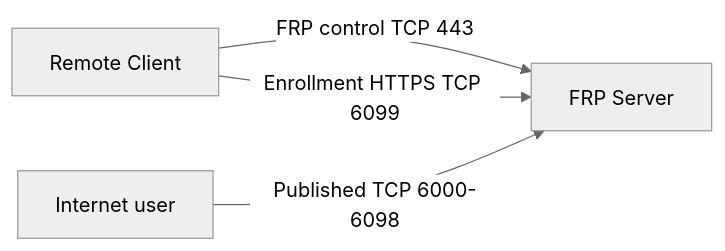
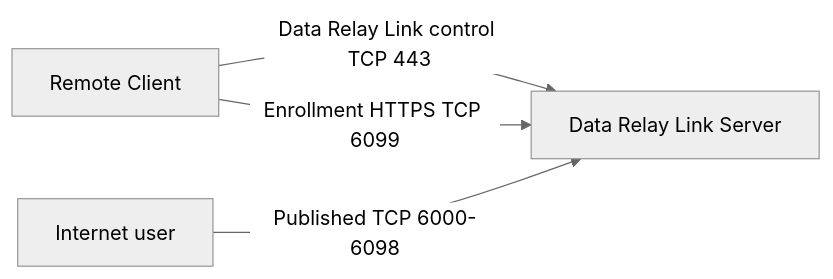
The second of 3 diagrams in ko/deployment/modes.mdx (datarelay-labs/data-relay-link-docs), drawn with Mermaid (neutral theme) before and after one commit. The commit also changed other lines of this file and 32 other files, not shown here.

````diff
--- a/ko/deployment/modes.mdx
+++ b/ko/deployment/modes.mdx
@@ -31,6 +31,6 @@
 ```mermaid
 flowchart LR
-    C[Remote Client] -->|FRP control TCP 443| S[FRP Server]
+    C[Remote Client] -->|Data Relay Link control TCP 443| S[Data Relay Link Server]
     C -->|Enrollment HTTPS TCP 6099| S
     U[Internet user] -->|Published TCP 6000-6098| S
 ```
````
